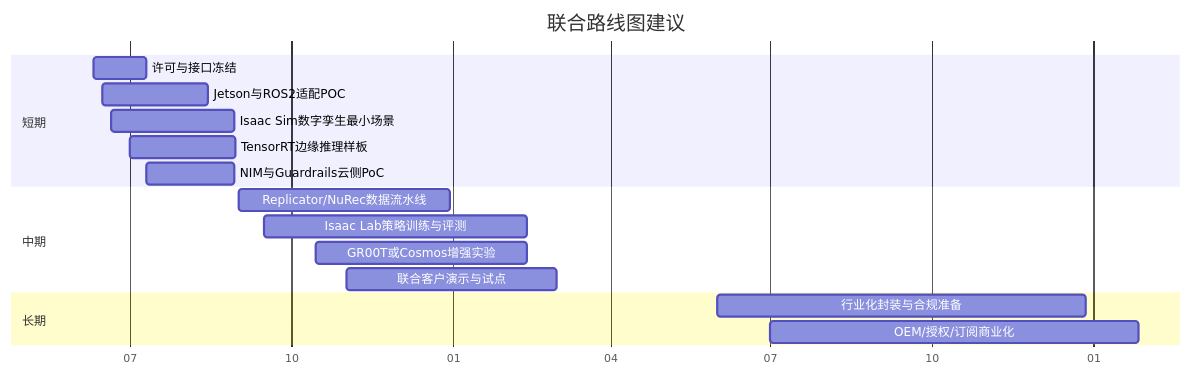
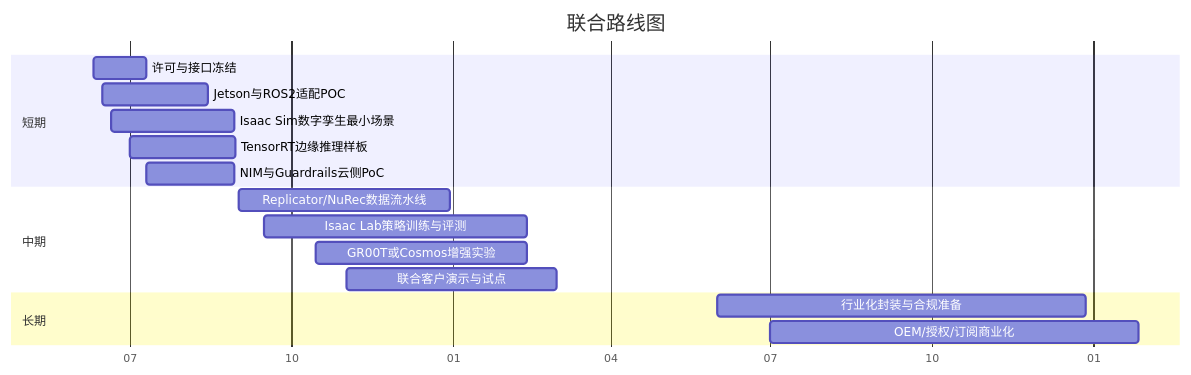
One commit to coolbeevip/coolbeevip.github.io changed the diagram in content/posts/nvidia/nvidia-embodied-ai-product-landscape.md. Above: the diagram before and after it, drawn with Mermaid. The commit also changed other lines of this file, not shown here.

````diff
--- a/content/posts/nvidia/nvidia-embodied-ai-product-landscape.md
+++ b/content/posts/nvidia/nvidia-embodied-ai-product-landscape.md
@@ -149,23 +147,23 @@
 ```mermaid
 gantt
-    title 联合路线图建议
+    title 联合路线图
     dateFormat  YYYY-MM-DD
     axisFormat  %m
 
     section 短期
     许可与接口冻结 :a1, 2026-06-10, 30d
     Jetson与ROS2适配POC :a2, 2026-06-15, 60d
     Isaac Sim数字孪生最小场景 :a3, 2026-06-20, 70d
     TensorRT边缘推理样板 :a4, 2026-07-01, 60d
     NIM与Guardrails云侧PoC :a5, 2026-07-10, 50d
 
     section 中期
     Replicator/NuRec数据流水线 :b1, 2026-09-01, 120d
     Isaac Lab策略训练与评测 :b2, 2026-09-15, 150d
     GR00T或Cosmos增强实验 :b3, 2026-10-15, 120d
     联合客户演示与试点 :b4, 2026-11-01, 120d
 
     section 长期
     行业化封装与合规准备 :c1, 2027-06-01, 210d
     OEM/授权/订阅商业化 :c2, 2027-07-01, 210d
 ```
````
